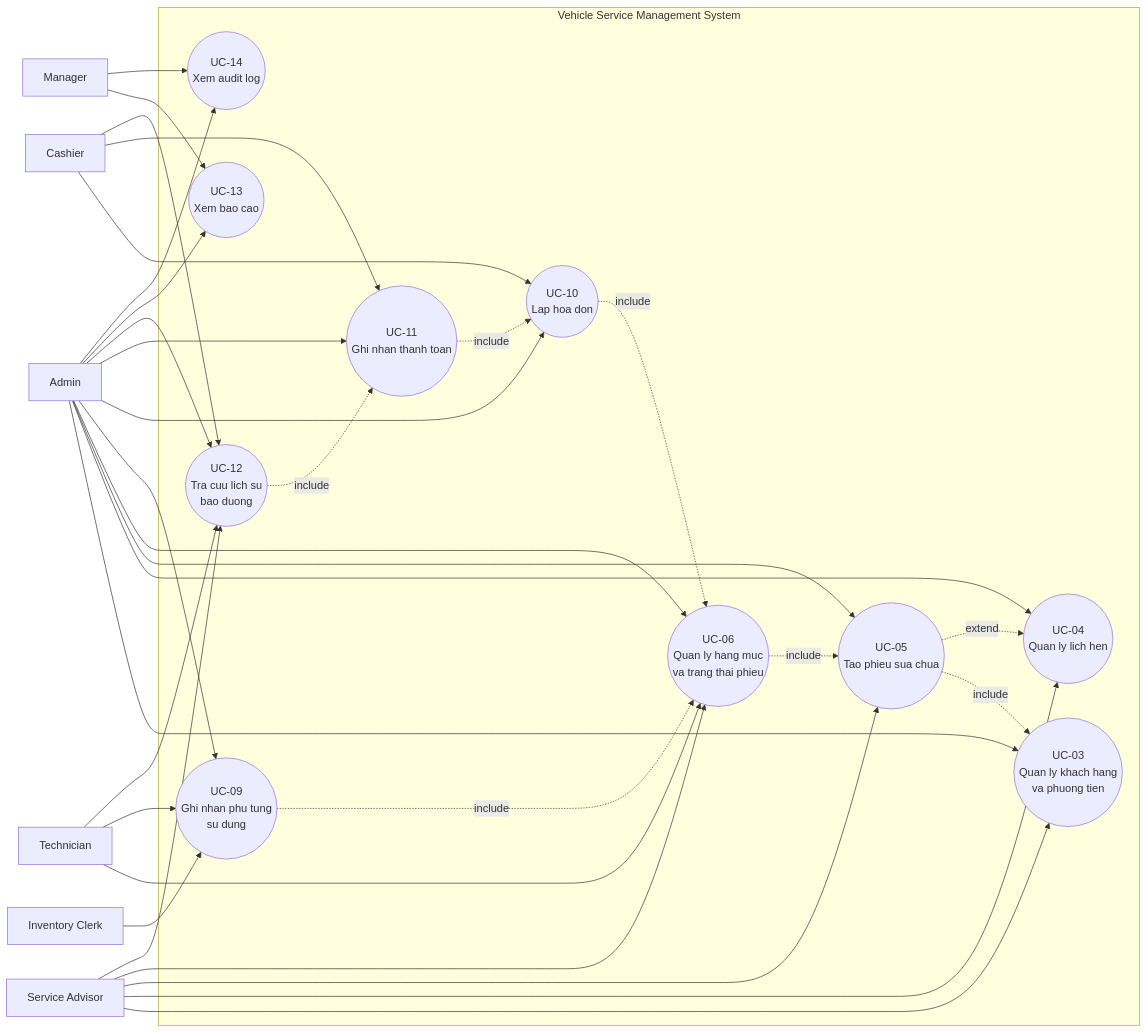
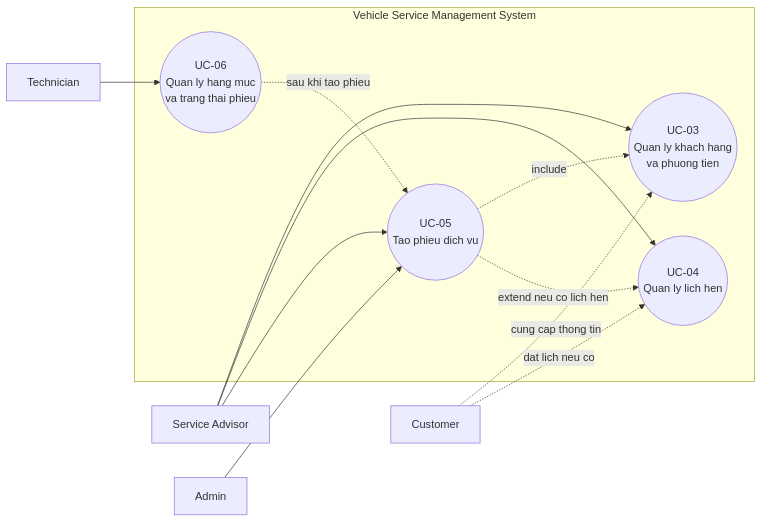
Before and after one commit to thanhnguyen0901/vehicle-service-management-system: the first of 3 diagrams in docs/demo/defense-use-case-main-flow.md, drawn with Mermaid. The commit also changed other lines of this file and 1 other file, not shown here.

````diff
--- a/docs/demo/defense-use-case-main-flow.md
+++ b/docs/demo/defense-use-case-main-flow.md
@@ -259,60 +79,26 @@
 ```mermaid
 flowchart LR
     SA[Service Advisor]
+    Customer[Customer]
     Tech[Technician]
-    Inv[Inventory Clerk]
-    Cashier[Cashier]
-    Manager[Manager]
     Admin[Admin]
 
     subgraph VSMS[Vehicle Service Management System]
         UC03((UC-03<br/>Quan ly khach hang<br/>va phuong tien))
         UC04((UC-04<br/>Quan ly lich hen))
-        UC05((UC-05<br/>Tao phieu sua chua))
+        UC05((UC-05<br/>Tao phieu dich vu))
         UC06((UC-06<br/>Quan ly hang muc<br/>va trang thai phieu))
-        UC09((UC-09<br/>Ghi nhan phu tung<br/>su dung))
-        UC10((UC-10<br/>Lap hoa don))
-        UC11((UC-11<br/>Ghi nhan thanh toan))
-        UC12((UC-12<br/>Tra cuu lich su<br/>bao duong))
-        UC13((UC-13<br/>Xem bao cao))
-        UC14((UC-14<br/>Xem audit log))
     end
 
     SA --> UC03
     SA --> UC04
     SA --> UC05
-    SA --> UC06
-    SA --> UC12
-
     Tech --> UC06
-    Tech --> UC09
-    Tech --> UC12
-
-    Inv --> UC09
-
-    Cashier --> UC10
-    Cashier --> UC11
-    Cashier --> UC12
-
-    Manager --> UC13
-    Manager --> UC14
-
-    Admin --> UC03
-    Admin --> UC04
     Admin --> UC05
-    Admin --> UC06
-    Admin --> UC09
-    Admin --> UC10
-    Admin --> UC11
-    Admin --> UC12
-    Admin --> UC13
-    Admin --> UC14
+    Customer -. cung cap thong tin .-> UC03
+    Customer -. dat lich neu co .-> UC04
 
     UC05 -. include .-> UC03
-    UC05 -. extend .-> UC04
-    UC06 -. include .-> UC05
-    UC09 -. include .-> UC06
-    UC10 -. include .-> UC06
-    UC11 -. include .-> UC10
-    UC12 -. include .-> UC11
+    UC05 -. extend neu co lich hen .-> UC04
+    UC06 -. sau khi tao phieu .-> UC05
 ```
````
